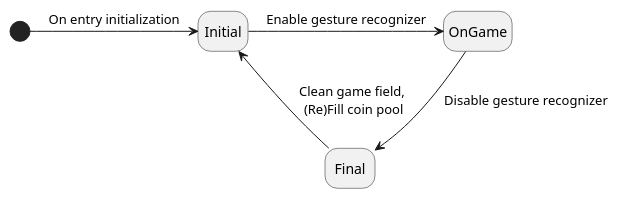
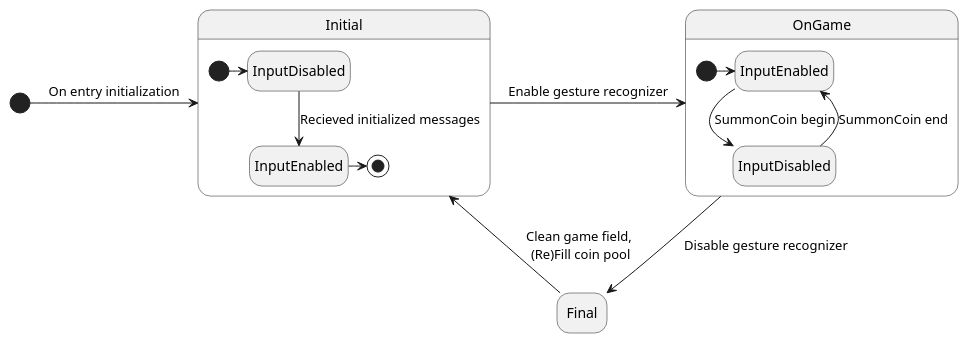
Before and after one commit to tatsuya19871219/MauiGomokuNarabeGame: the third of 3 diagrams in uml/GomokuNarabe.puml, drawn with PlantUML.

Commit message:
Update UML

```diff
--- a/uml/GomokuNarabe.puml
+++ b/uml/GomokuNarabe.puml
@@ -90,9 +90,31 @@
 @startuml AppState
 
 hide empty description
+
+state Initial {
+    state "InputDisabled" as Initial.InputDisabled
+    state "InputEnabled" as Initial.InputEnabled
+    [*] -> Initial.InputDisabled
+    Initial.InputDisabled --> Initial.InputEnabled : Recieved initialized messages 
+    Initial.InputEnabled -> [*]
+}
+
+state OnGame {
+    state "InputDisabled" as OnGame.InputDisabled
+    state "InputEnabled" as OnGame.InputEnabled
+    [*] -> OnGame.InputEnabled
+    OnGame.InputEnabled --> OnGame.InputDisabled : SummonCoin begin
+    OnGame.InputDisabled --> OnGame.InputEnabled : SummonCoin end
+}
+
+' state Final {
+'     state "InputDisabled" as Final.InputDisabled
+'     state "InputEnabled" as Final.InputEnabled
+' }
+
 [*] -> Initial : On entry initialization
 Initial -> OnGame : Enable gesture recognizer
 OnGame --> Final : Disable gesture recognizer
 Final --> Initial : Clean game field, \n(Re)Fill coin pool
 
 @enduml
```
